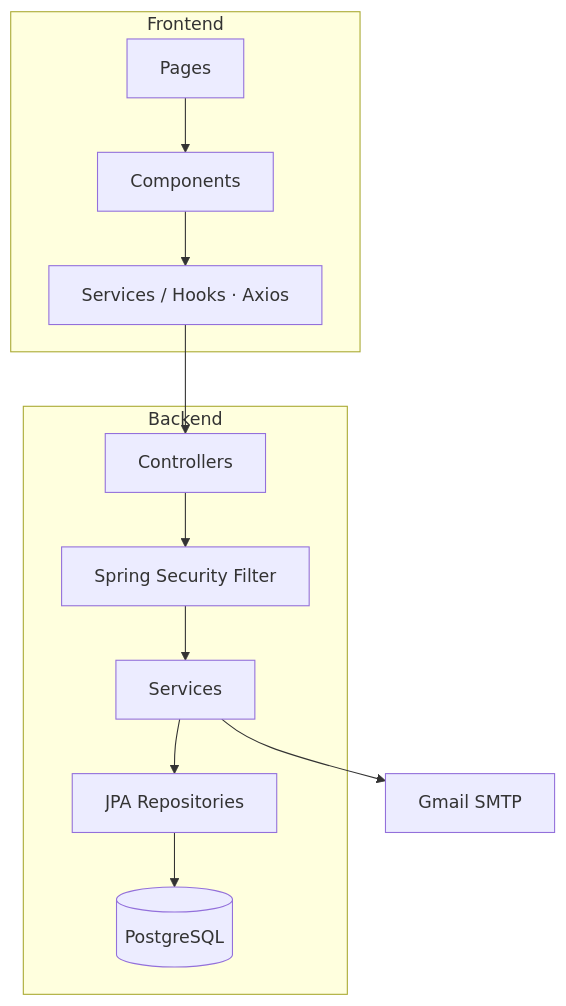
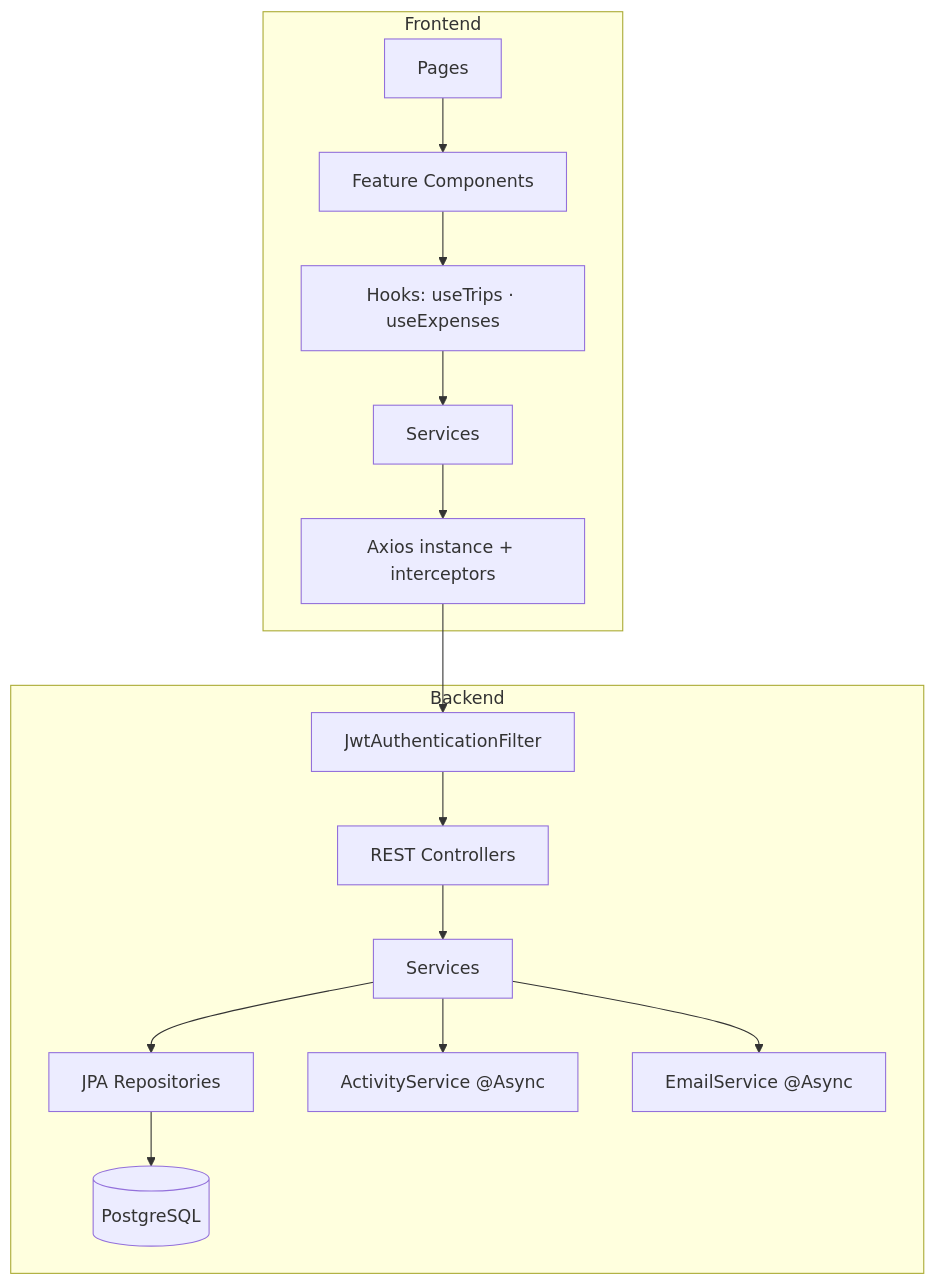
One commit to snsyaqirah/snsyaqirah.github.io changed the third of 16 diagrams in portfolio-react/public/docs/travelluhh.md. Above: the diagram before and after it, drawn with Mermaid. The commit also changed other lines of this file and 101 other files, not shown here.

````diff
--- a/portfolio-react/public/docs/travelluhh.md
+++ b/portfolio-react/public/docs/travelluhh.md
@@ -131,15 +138,18 @@
 ```mermaid
 graph TD
     subgraph Frontend
-        P[Pages] --> C[Components]
-        C --> H[Services / Hooks · Axios]
+        P[Pages] --> C[Feature Components]
+        C --> H[Hooks: useTrips · useExpenses]
+        H --> SV[Services]
+        SV --> AX[Axios instance + interceptors]
     end
     subgraph Backend
-        R[Controllers] --> MW[Spring Security Filter]
-        MW --> E[Services]
+        F[JwtAuthenticationFilter] --> R[REST Controllers]
+        R --> E[Services]
         E --> S[JPA Repositories]
         S --> DB[(PostgreSQL)]
+        E --> ACT[ActivityService @Async]
+        E --> ML[EmailService @Async]
     end
-    H --> R
-    E --> EXT[Gmail SMTP]
+    AX --> F
 ```
````
